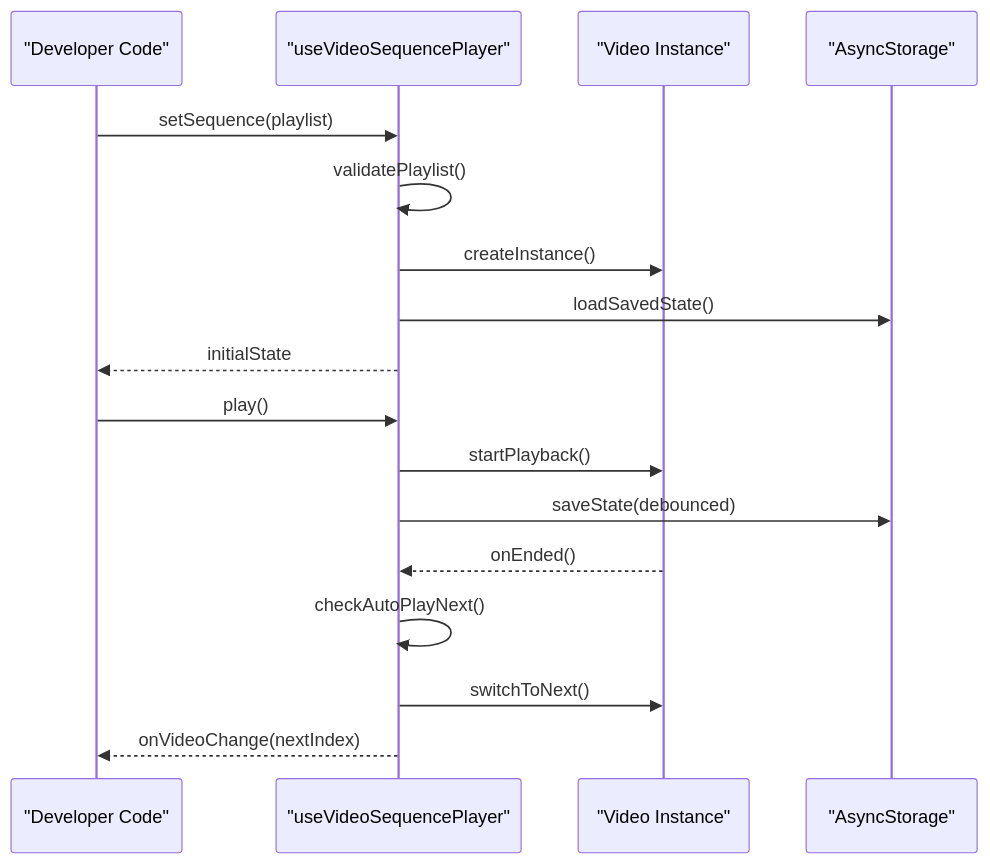
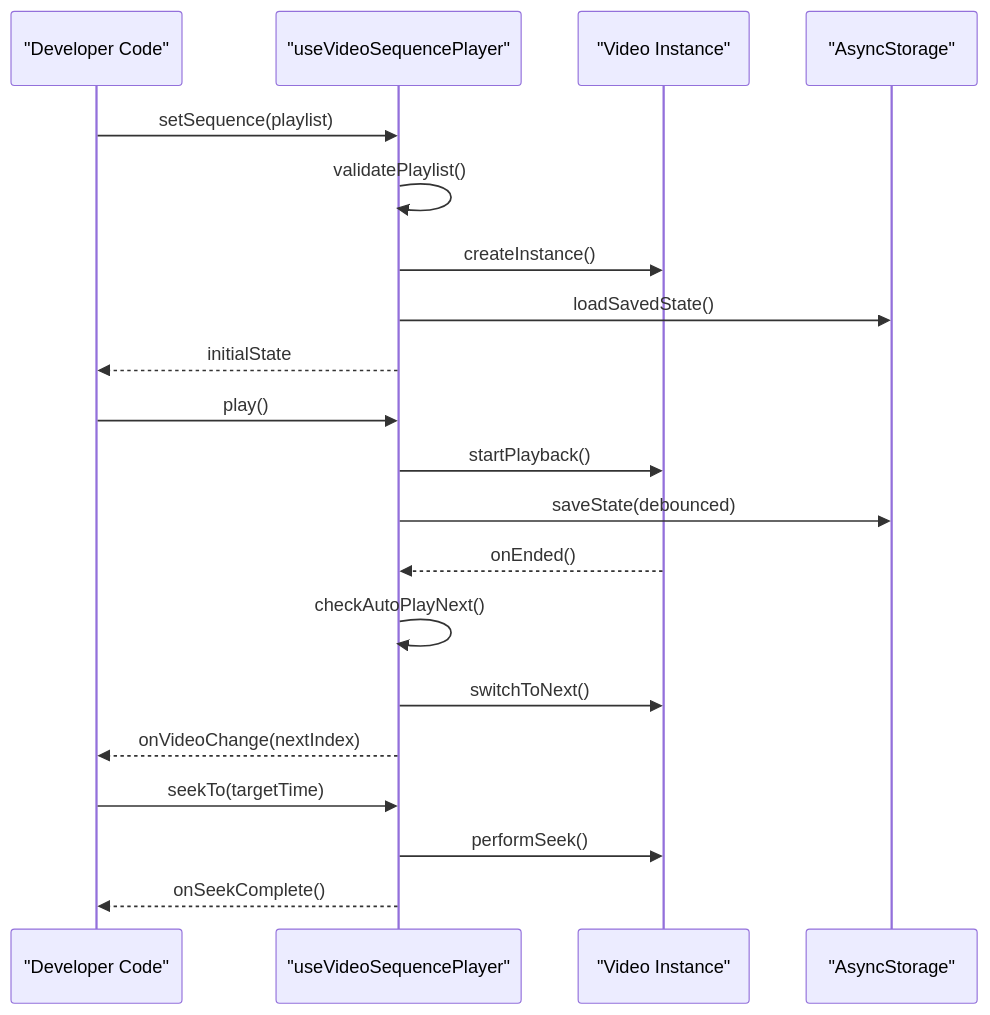
One commit to 156258852/video-rn changed the fifth of 6 diagrams in .qoder/repowiki/en/content/Custom Hooks Library/useVideoSequencePlayer Hook.md. Above: the diagram before and after it, drawn with Mermaid. The commit also changed other lines of this file and 13 other files, not shown here.

First line of the commit message:
Refactor and rename Video Sequence Player module to StitchRNPOCModern

````diff
--- a/.qoder/repowiki/en/content/Custom Hooks Library/useVideoSequencePlayer Hook.md
+++ b/.qoder/repowiki/en/content/Custom Hooks Library/useVideoSequencePlayer Hook.md
@@ -177,19 +212,22 @@
 ```mermaid
 sequenceDiagram
 participant Dev as "Developer Code"
 participant Hook as "useVideoSequencePlayer"
 participant Video as "Video Instance"
 participant Storage as "AsyncStorage"
 Dev->>Hook : setSequence(playlist)
 Hook->>Hook : validatePlaylist()
 Hook->>Video : createInstance()
 Hook->>Storage : loadSavedState()
 Hook-->>Dev : initialState
 Dev->>Hook : play()
 Hook->>Video : startPlayback()
 Hook->>Storage : saveState(debounced)
 Video-->>Hook : onEnded()
 Hook->>Hook : checkAutoPlayNext()
 Hook->>Video : switchToNext()
 Hook-->>Dev : onVideoChange(nextIndex)
+Dev->>Hook : seekTo(targetTime)
+Hook->>Video : performSeek()
+Hook-->>Dev : onSeekComplete()
 ```
````
